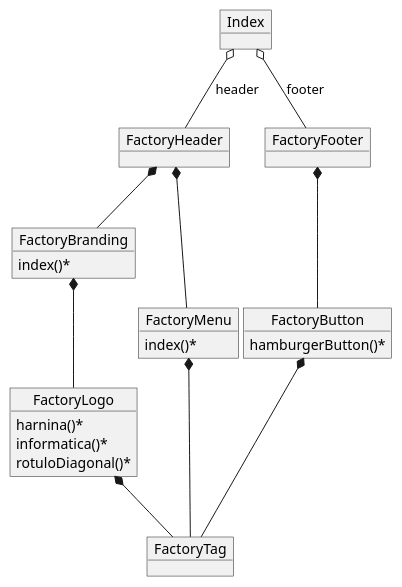
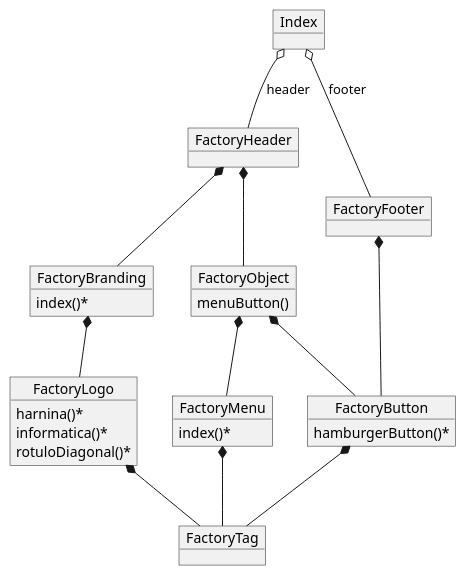
One commit to luciano55/storeApp2020 changed the diagram in store 2020a 14 septiembre/backend/plantUML/factoryIndex.puml. Above: the diagram before and after it, drawn with PlantUML. The commit also changed 5 other files, not shown here.

Commit message:
Factory Object

```diff
--- a/store 2020a 14 septiembre/backend/plantUML/factoryIndex.puml
+++ b/store 2020a 14 septiembre/backend/plantUML/factoryIndex.puml
@@ -1,37 +1,43 @@
 @startuml
 object FactoryTag{
 
 }
 object FactoryButton{
  hamburgerButton()*
+}
+object FactoryObject{
+menuButton()
 }
 object FactoryBranding{
 index()*
 }
 object FactoryLogo{
 harnina()*
 informatica()*
 rotuloDiagonal()*
 }
 object FactoryMenu{
 index()*
 }
 object FactoryHeader{
 
 }
 object FactoryFooter{
 }
 
 object Index{
  
 }
 FactoryLogo *-- FactoryTag
 FactoryButton *-- FactoryTag
 FactoryMenu *-- FactoryTag
+FactoryObject *-- FactoryMenu
+FactoryObject *-- FactoryButton
 FactoryBranding *-- FactoryLogo
 FactoryHeader *-- FactoryBranding 
-FactoryHeader *-- FactoryMenu 
+
 FactoryFooter *-- FactoryButton 
+FactoryHeader *-- FactoryObject
 Index o-- FactoryHeader : header
 Index o-- FactoryFooter : footer
 @enduml
```
